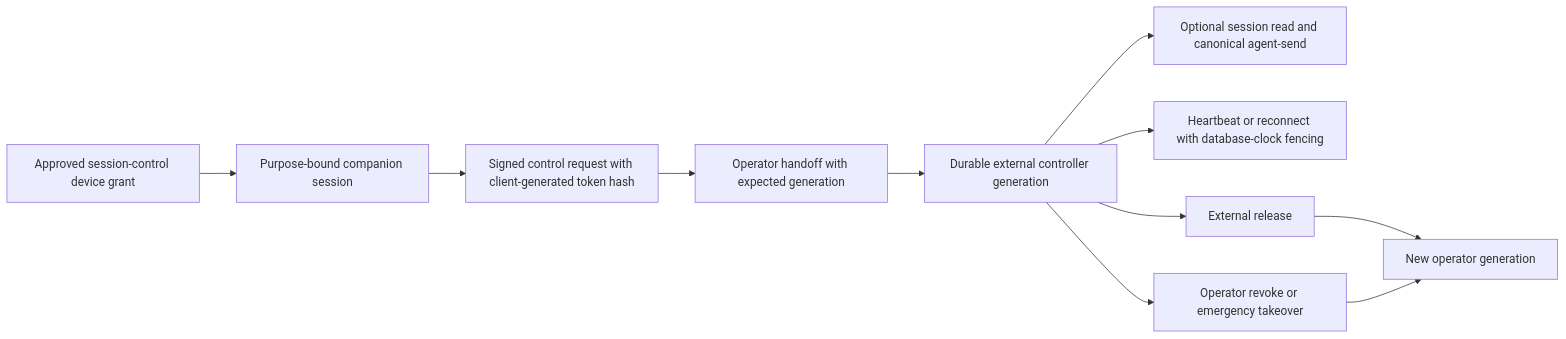
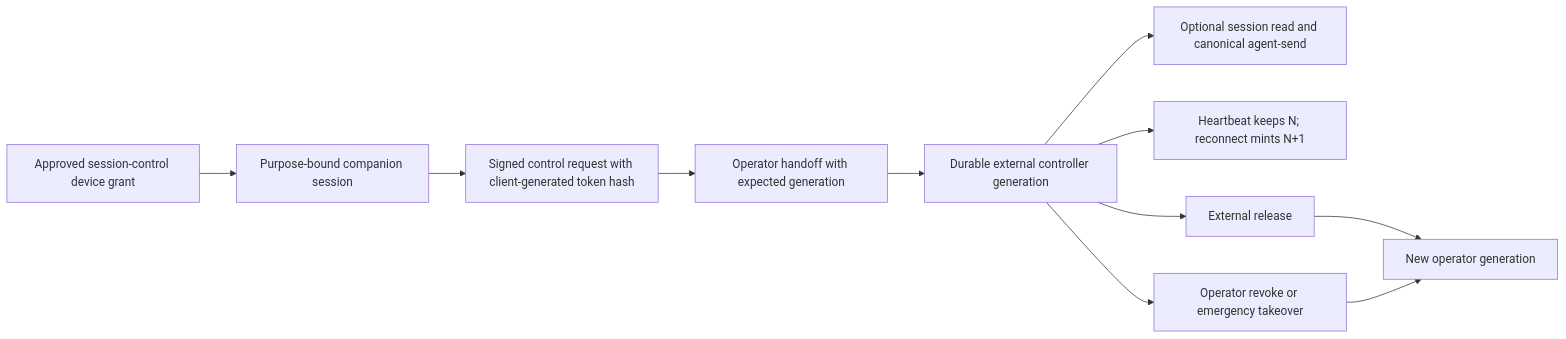
One commit to goatcitadel/GoatCitadel changed the diagram in docs/review/HX_411_SESSION_CONTROL_PACKET_2026-07-13.md. Above: the diagram before and after it, drawn with Mermaid. The commit also changed other lines of this file and 2 other files, not shown here.

````diff
--- a/docs/review/HX_411_SESSION_CONTROL_PACKET_2026-07-13.md
+++ b/docs/review/HX_411_SESSION_CONTROL_PACKET_2026-07-13.md
@@ -47,13 +57,13 @@
 ```mermaid
 flowchart LR
   A["Approved session-control device grant"] --> B["Purpose-bound companion session"]
   B --> C["Signed control request with client-generated token hash"]
   C --> D["Operator handoff with expected generation"]
   D --> E["Durable external controller generation"]
   E --> F["Optional session read and canonical agent-send"]
-  E --> G["Heartbeat or reconnect with database-clock fencing"]
+  E --> G["Heartbeat keeps N; reconnect mints N+1"]
   E --> H["External release"]
   E --> I["Operator revoke or emergency takeover"]
   H --> J["New operator generation"]
   I --> J
 ```
````
